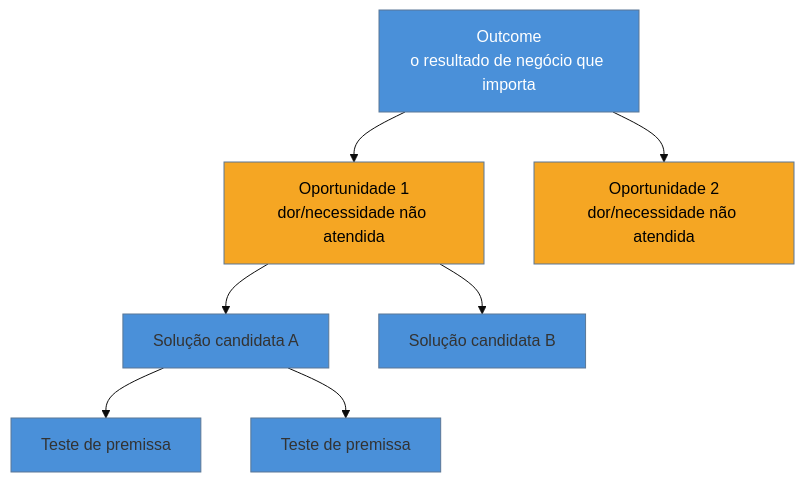
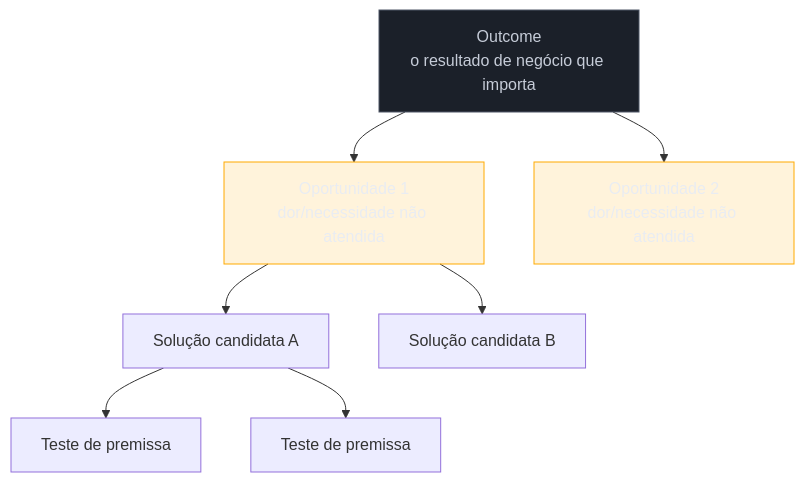
Before and after one commit to josenaldo/codex-technomanticus: the diagram in 03-Dominios/Engenharia/UX/Descoberta e Pesquisa/10 - Opportunity Solution Tree de bolso.md, drawn with Mermaid. The commit also changed 1181 other files, not shown here.

First line of the commit message:
fix(diagramas): paleta do sistema no lugar de cor cravada no markdown

````diff
--- a/03-Dominios/Engenharia/UX/Descoberta e Pesquisa/10 - Opportunity Solution Tree de bolso.md
+++ b/03-Dominios/Engenharia/UX/Descoberta e Pesquisa/10 - Opportunity Solution Tree de bolso.md
@@ -27,14 +27,15 @@
 ```mermaid
-%%{init: {"theme": "base", "themeVariables": {"primaryColor": "#4A90D9"}}}%%
 graph TD
+    classDef neutro fill:#1B2029,stroke:#4E5666,color:#C6CCD8
+    classDef destaque fill:#FFAA0024,stroke:#FFAA00,color:#E9ECF2
     O["Outcome<br/>o resultado de negócio que importa"]
     O --> OP1["Oportunidade 1<br/>dor/necessidade não atendida"]
     O --> OP2["Oportunidade 2<br/>dor/necessidade não atendida"]
     OP1 --> S1["Solução candidata A"]
     OP1 --> S2["Solução candidata B"]
     S1 --> T1["Teste de premissa"]
     S1 --> T2["Teste de premissa"]
-    style O fill:#4A90D9,color:#fff
-    style OP1 fill:#F5A623,color:#000
-    style OP2 fill:#F5A623,color:#000
+    class O neutro
+    class OP1 destaque
+    class OP2 destaque
 ```
````
